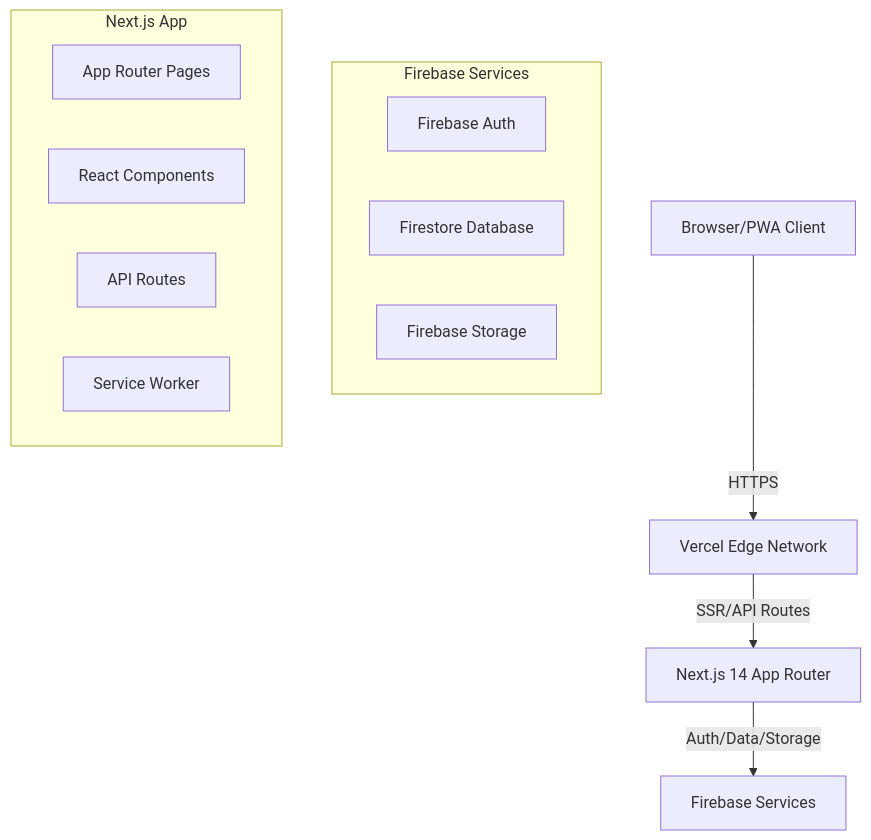
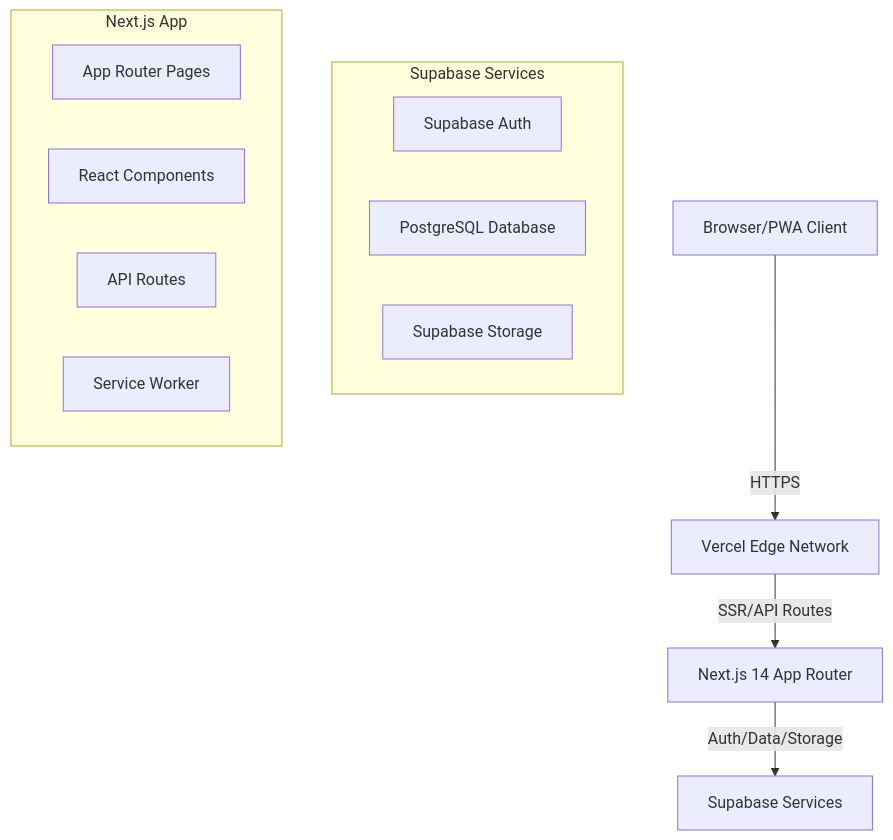
Before and after one commit to MuhammedMazinMH/FundFeed: the diagram in .kiro/specs/fundfeed-pwa/design.md, drawn with Mermaid. The commit also changed other lines of this file and 14 other files, not shown here.

Commit message:
Remove all Firebase references - migrate fully to Supabase

````diff
--- a/.kiro/specs/fundfeed-pwa/design.md
+++ b/.kiro/specs/fundfeed-pwa/design.md
@@ -11,24 +11,24 @@
 ```mermaid
 graph TB
     Client[Browser/PWA Client]
     NextJS[Next.js 14 App Router]
     Vercel[Vercel Edge Network]
-    Firebase[Firebase Services]
+    Supabase[Supabase Services]
     
     Client -->|HTTPS| Vercel
     Vercel -->|SSR/API Routes| NextJS
-    NextJS -->|Auth/Data/Storage| Firebase
+    NextJS -->|Auth/Data/Storage| Supabase
     
-    subgraph Firebase Services
-        Auth[Firebase Auth]
-        Firestore[Firestore Database]
-        Storage[Firebase Storage]
+    subgraph Supabase Services
+        Auth[Supabase Auth]
+        Database[PostgreSQL Database]
+        Storage[Supabase Storage]
     end
     
     subgraph Next.js App
         Pages[App Router Pages]
         Components[React Components]
         API[API Routes]
         SW[Service Worker]
     end
 ```
````
